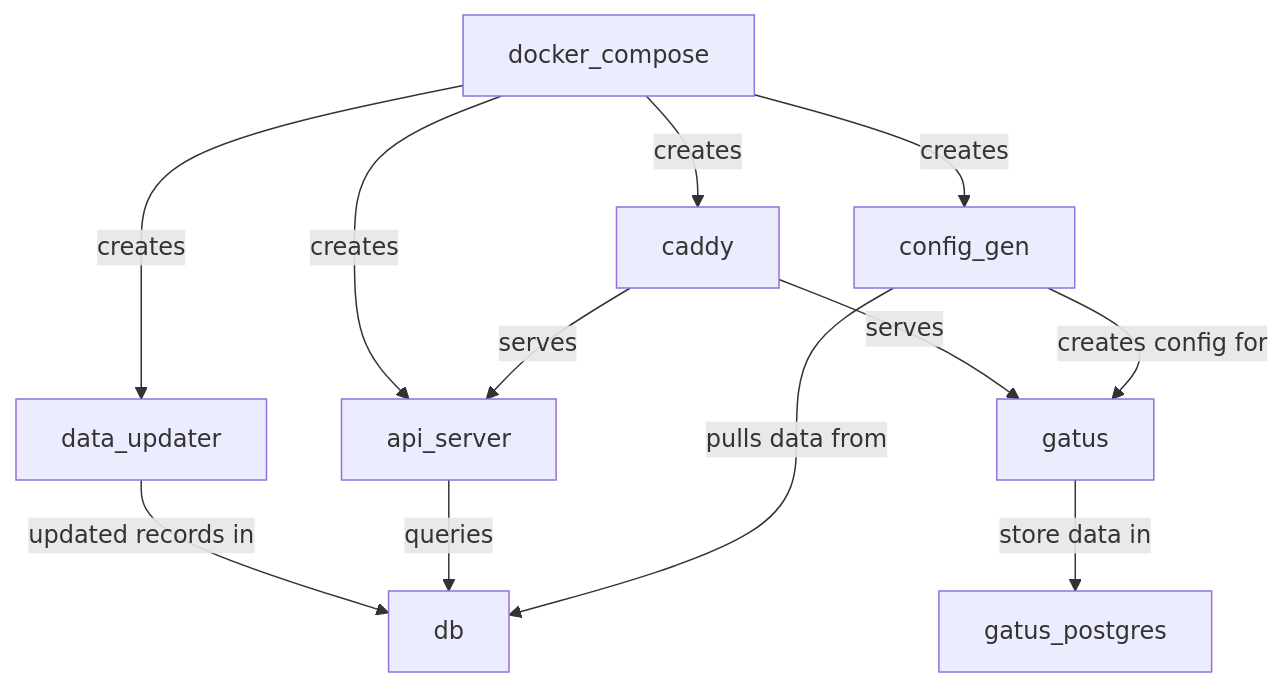
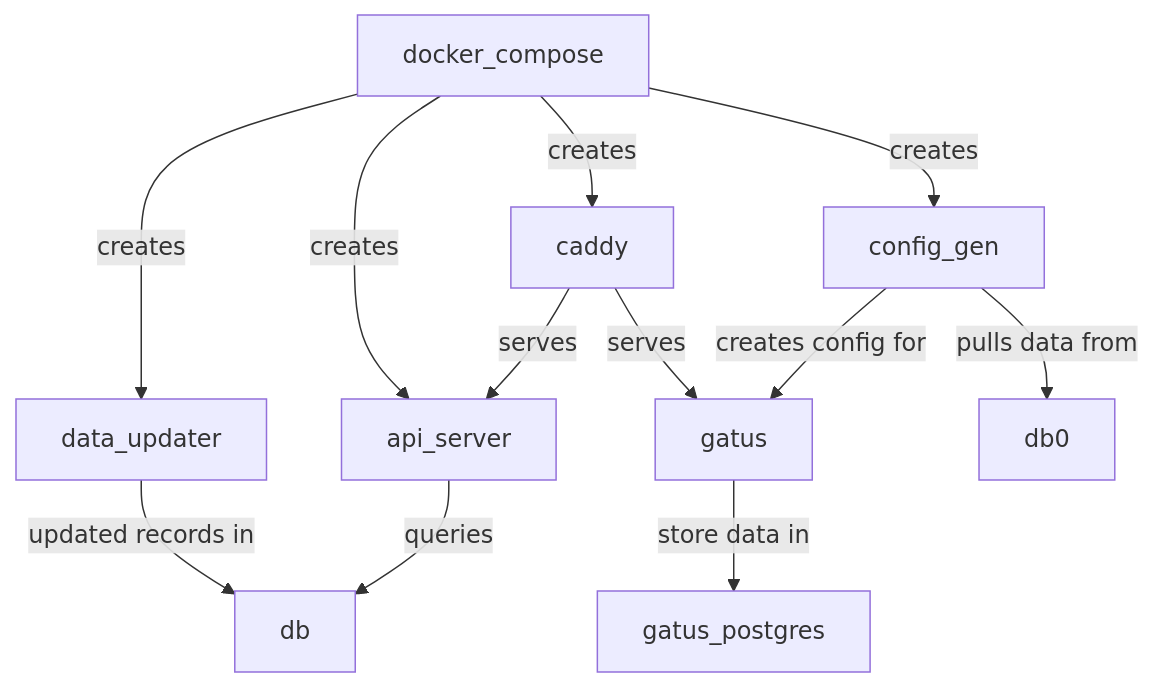
The diagram in README.md (Jelloeater/fedi_gatus), drawn with Mermaid before and after one commit. The commit also changed other lines of this file and 1 other file, not shown here.

Commit message:
Added timeout to GET

````diff
--- a/README.md
+++ b/README.md
@@ -15,23 +15,23 @@
 ```mermaid
 flowchart
-docker_compose 
+docker_compose
 --creates--> api_server & caddy & config_gen & data_updater
 
-caddy 
---serves--> gatus & api_server 
+caddy
+--serves--> gatus & api_server
 
 data_updater
 --updated records in --> db
 
 api_server
 --queries --> db
 
 
 config_gen
---pulls data from --> db
+--pulls data from --> db0
 
-config_gen 
+config_gen
 --creates config for--> gatus
 
 gatus --store data in--> gatus_postgres
 ```
````
